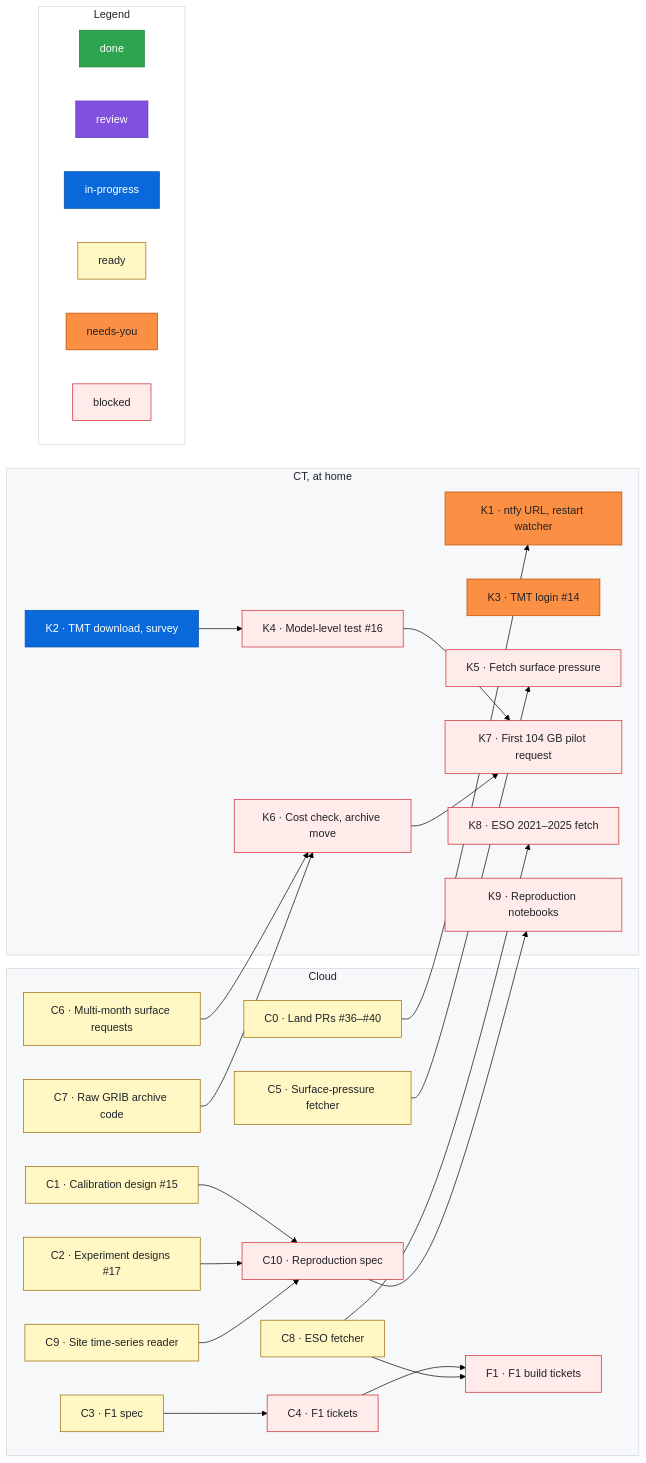
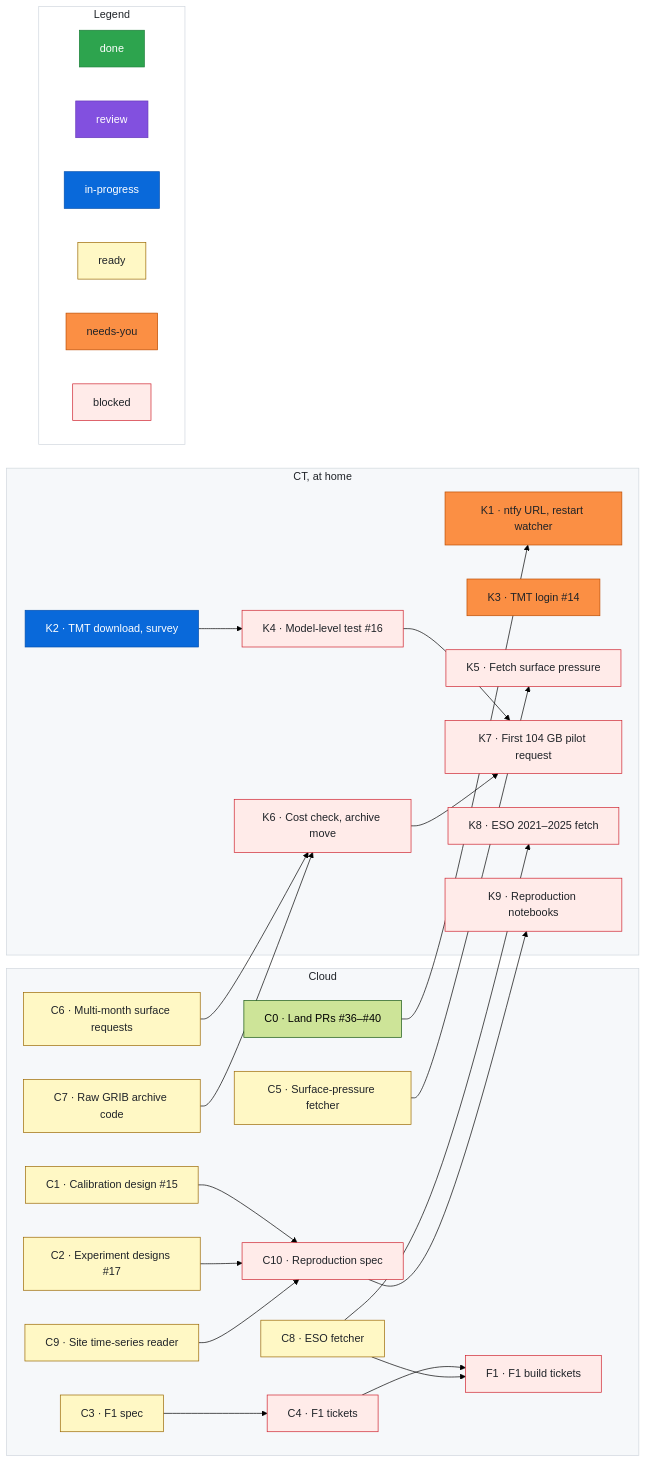
Before and after one commit to rrweller/Astro-seeing: the diagram in docs/roadmap.md, drawn with Mermaid (forest theme). The commit also changed other lines of this file, not shown here.

Commit message:
roadmap: C0 ready → in-progress
Claude-Session: https://claude.ai/code/session_01ECS9rbYBo7eLL6wyKe5p1T

```diff
--- a/docs/roadmap.md
+++ b/docs/roadmap.md
@@ -122,7 +122,7 @@
   classDef needsyou fill:#fb8f44,stroke:#bc4c00,color:#1f2328
   classDef blocked fill:#ffebe9,stroke:#cf222e,color:#1f2328
   %% Status lines: one per item, each followed by a `%% ---` spacer. Sessions change only the last word.
-  class C0 ready
+  class C0 in-progress
   %% ---
   class C1 ready
   %% ---
```
